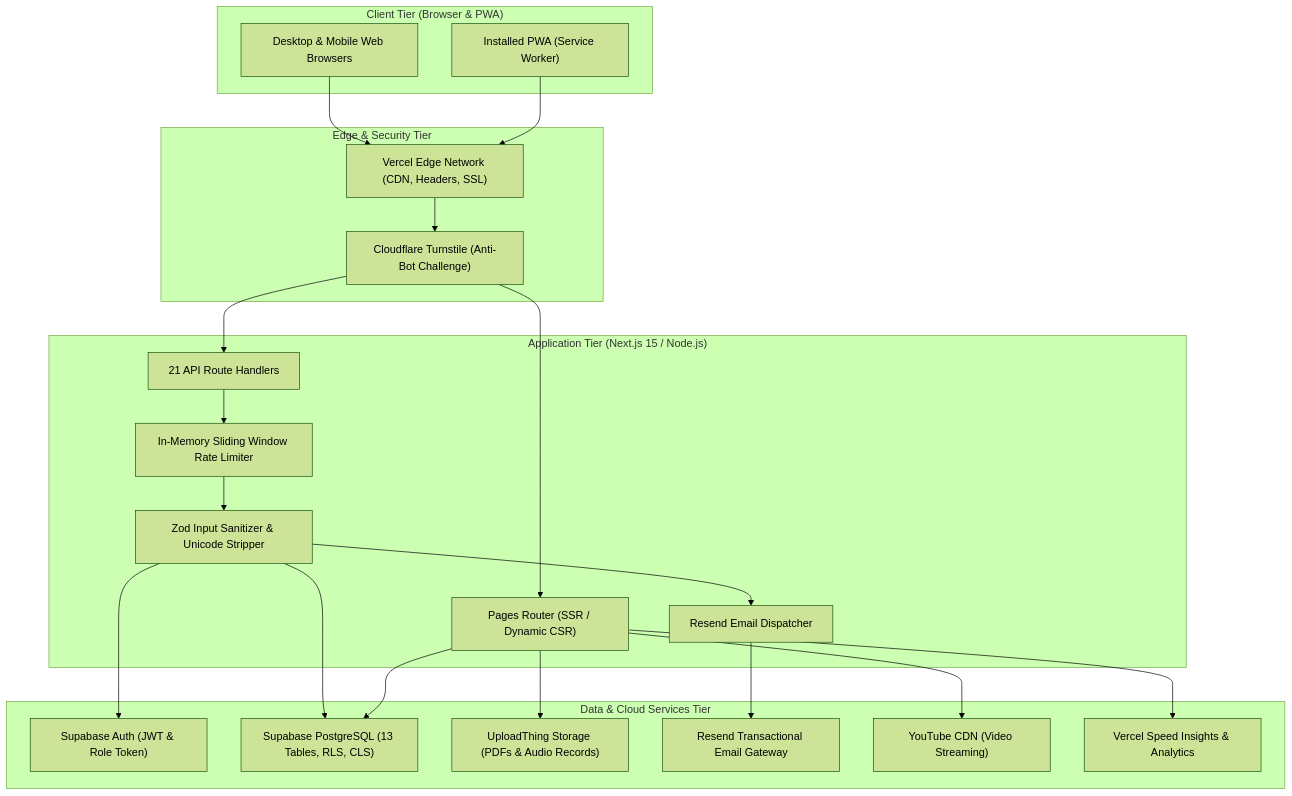
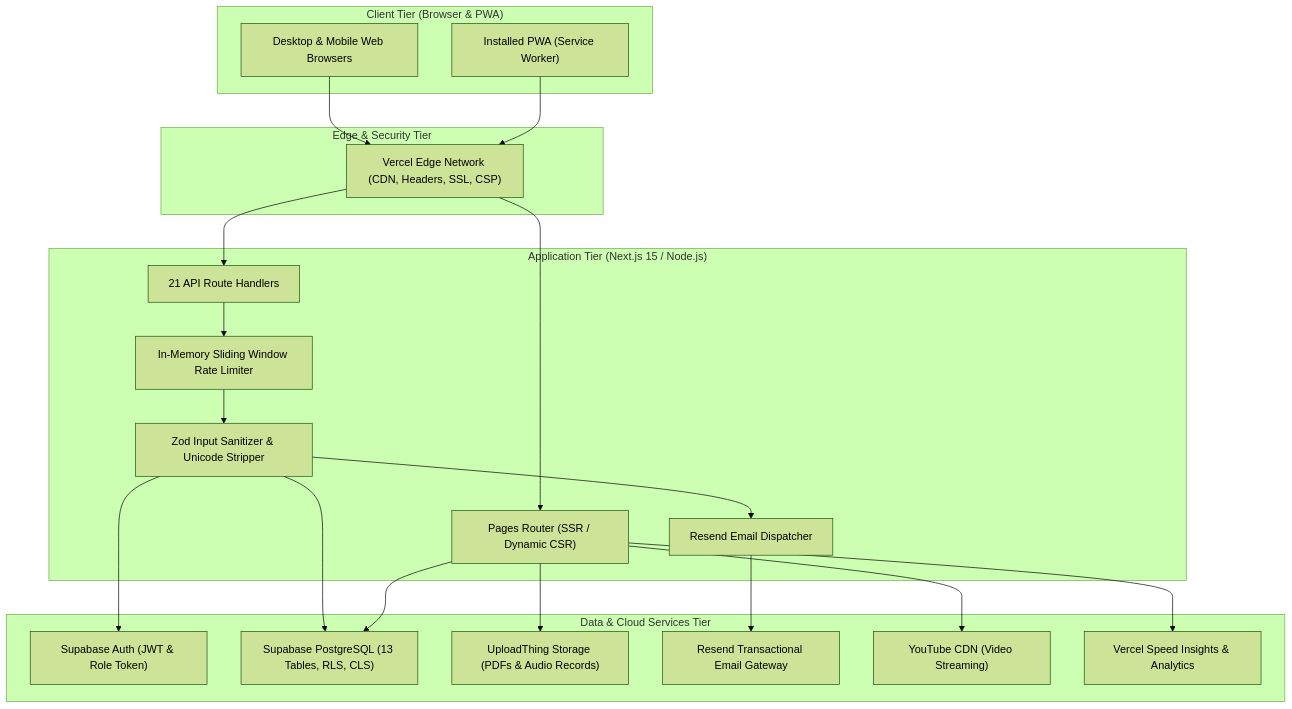
Before and after one commit to zdump-guy/PharmaCore: the first of 3 diagrams in docs/ARCHITECTURE.md, drawn with Mermaid (forest theme). The commit also changed other lines of this file and 52 other files, not shown here.

````diff
--- a/docs/ARCHITECTURE.md
+++ b/docs/ARCHITECTURE.md
@@ -7,47 +7,45 @@
 ```mermaid
 graph TB
     subgraph Client Tier ["Client Tier (Browser & PWA)"]
         Browser["Desktop & Mobile Web Browsers"]
         PWA["Installed PWA (Service Worker)"]
     end
 
     subgraph Edge & Security Tier ["Edge & Security Tier"]
-        VercelEdge["Vercel Edge Network (CDN, Headers, SSL)"]
-        Turnstile["Cloudflare Turnstile (Anti-Bot Challenge)"]
+        VercelEdge["Vercel Edge Network (CDN, Headers, SSL, CSP)"]
     end
 
     subgraph Application Tier ["Application Tier (Next.js 15 / Node.js)"]
         PagesRouter["Pages Router (SSR / Dynamic CSR)"]
         APIHandlers["21 API Route Handlers"]
         RateLimiter["In-Memory Sliding Window Rate Limiter"]
         ZodValidator["Zod Input Sanitizer & Unicode Stripper"]
         EmailDispatcher["Resend Email Dispatcher"]
     end
 
     subgraph Cloud Services & Data Tier ["Data & Cloud Services Tier"]
         SupabaseAuth["Supabase Auth (JWT & Role Token)"]
         PostgresDB["Supabase PostgreSQL (13 Tables, RLS, CLS)"]
         UploadThing["UploadThing Storage (PDFs & Audio Records)"]
         Resend["Resend Transactional Email Gateway"]
         YouTube["YouTube CDN (Video Streaming)"]
         VercelTelemetry["Vercel Speed Insights & Analytics"]
     end
 
     Browser --> VercelEdge
     PWA --> VercelEdge
-    VercelEdge --> Turnstile
-    Turnstile --> PagesRouter
-    Turnstile --> APIHandlers
+    VercelEdge --> PagesRouter
+    VercelEdge --> APIHandlers
 
     APIHandlers --> RateLimiter
     RateLimiter --> ZodValidator
     ZodValidator --> SupabaseAuth
     ZodValidator --> PostgresDB
     ZodValidator --> EmailDispatcher
     EmailDispatcher --> Resend
 
     PagesRouter --> PostgresDB
     PagesRouter --> UploadThing
     PagesRouter --> YouTube
     PagesRouter --> VercelTelemetry
 ```
````
